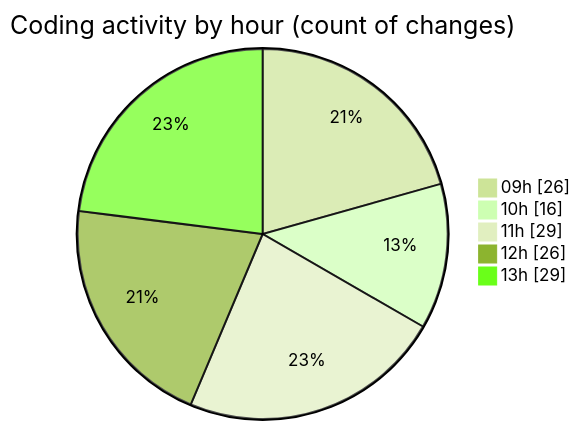
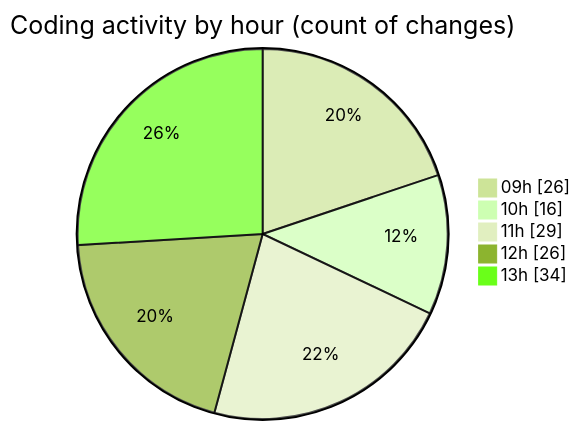
Before and after one commit to momahboobian/code-tracking: the second of 2 diagrams in 2025-11-17/cda/README.md, drawn with Mermaid (forest theme). The commit also changed other lines of this file and 1 other file, not shown here.

````diff
--- a/2025-11-17/cda/README.md
+++ b/2025-11-17/cda/README.md
@@ -38,9 +38,9 @@
 ```mermaid
 pie showData
 title Coding activity by hour (count of changes)
 "09h" : 26
 "10h" : 16
 "11h" : 29
 "12h" : 26
-"13h" : 29
+"13h" : 34
 ```
````
